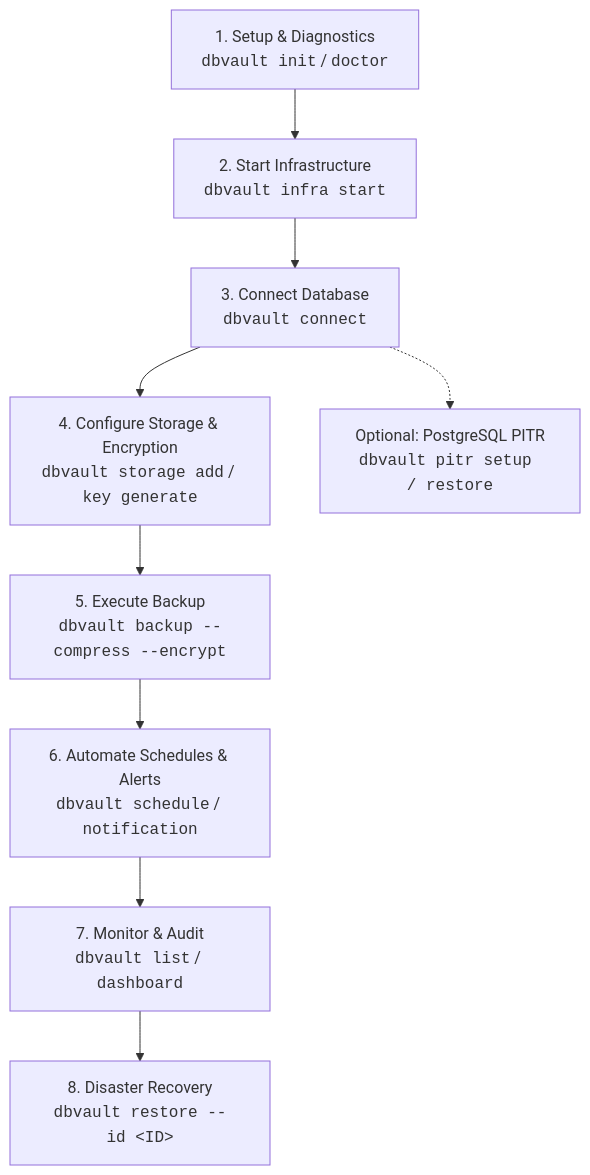
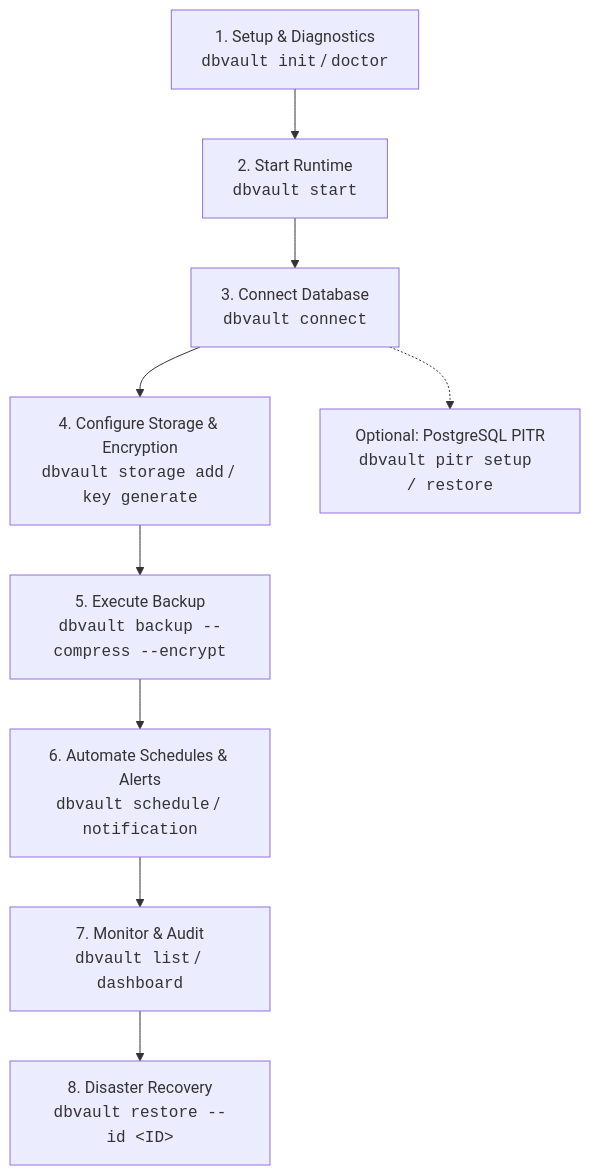
Before and after one commit to rithishcodespace/db-backup-cli: the second of 2 diagrams in README.md, drawn with Mermaid. The commit also changed other lines of this file, not shown here.

Commit message:
docs(readme): update system architecture, production container runtime, and release engineering docs

````diff
--- a/README.md
+++ b/README.md
@@ -253,11 +251,11 @@
 ```mermaid
 flowchart TD
-    A["1. Setup & Diagnostics<br/><code>dbvault init</code> / <code>doctor</code>"] --> B["2. Start Infrastructure<br/><code>dbvault infra start</code>"]
+    A["1. Setup & Diagnostics<br/><code>dbvault init</code> / <code>doctor</code>"] --> B["2. Start Runtime<br/><code>dbvault start</code>"]
     B --> C["3. Connect Database<br/><code>dbvault connect</code>"]
     C --> D["4. Configure Storage & Encryption<br/><code>dbvault storage add</code> / <code>key generate</code>"]
     D --> E["5. Execute Backup<br/><code>dbvault backup --compress --encrypt</code>"]
     E --> F["6. Automate Schedules & Alerts<br/><code>dbvault schedule</code> / <code>notification</code>"]
     F --> G["7. Monitor & Audit<br/><code>dbvault list</code> / <code>dashboard</code>"]
     G --> H["8. Disaster Recovery<br/><code>dbvault restore --id &lt;ID&gt;</code>"]
     C -.-> I["Optional: PostgreSQL PITR<br/><code>dbvault pitr setup / restore</code>"]
 ```
````
